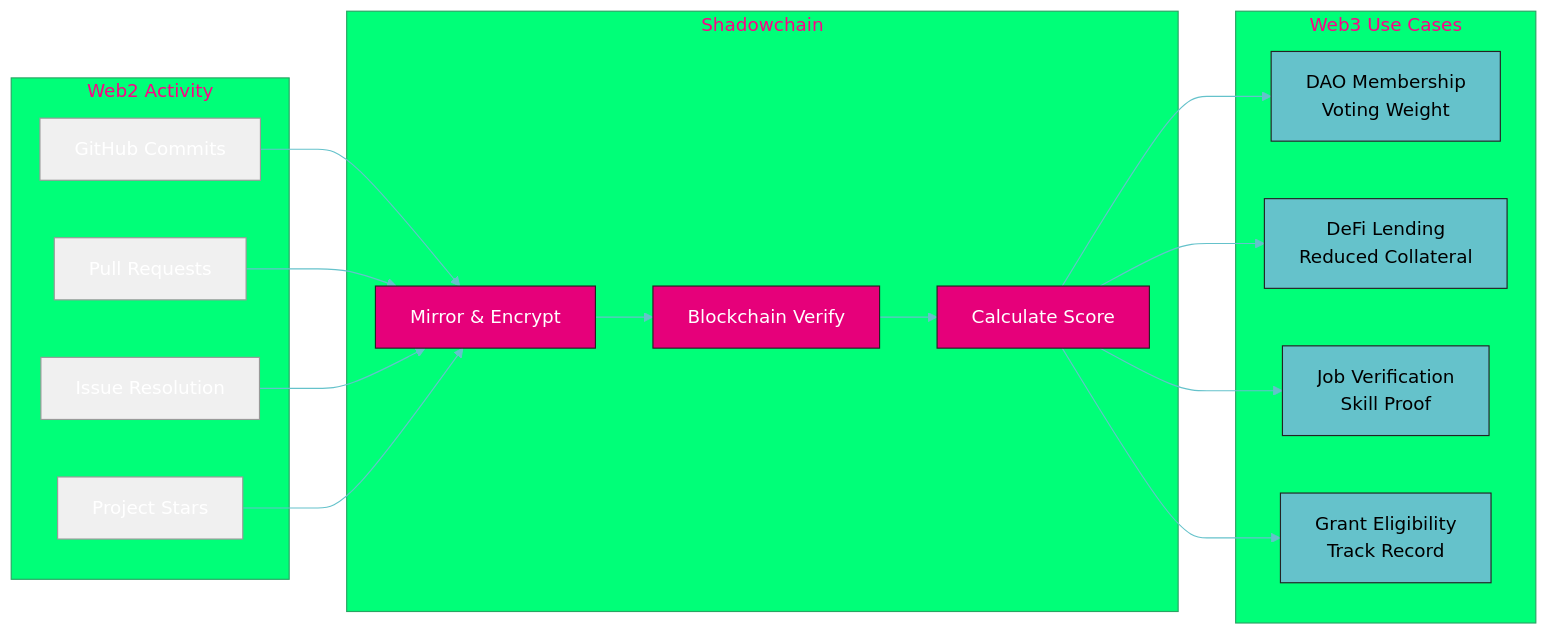
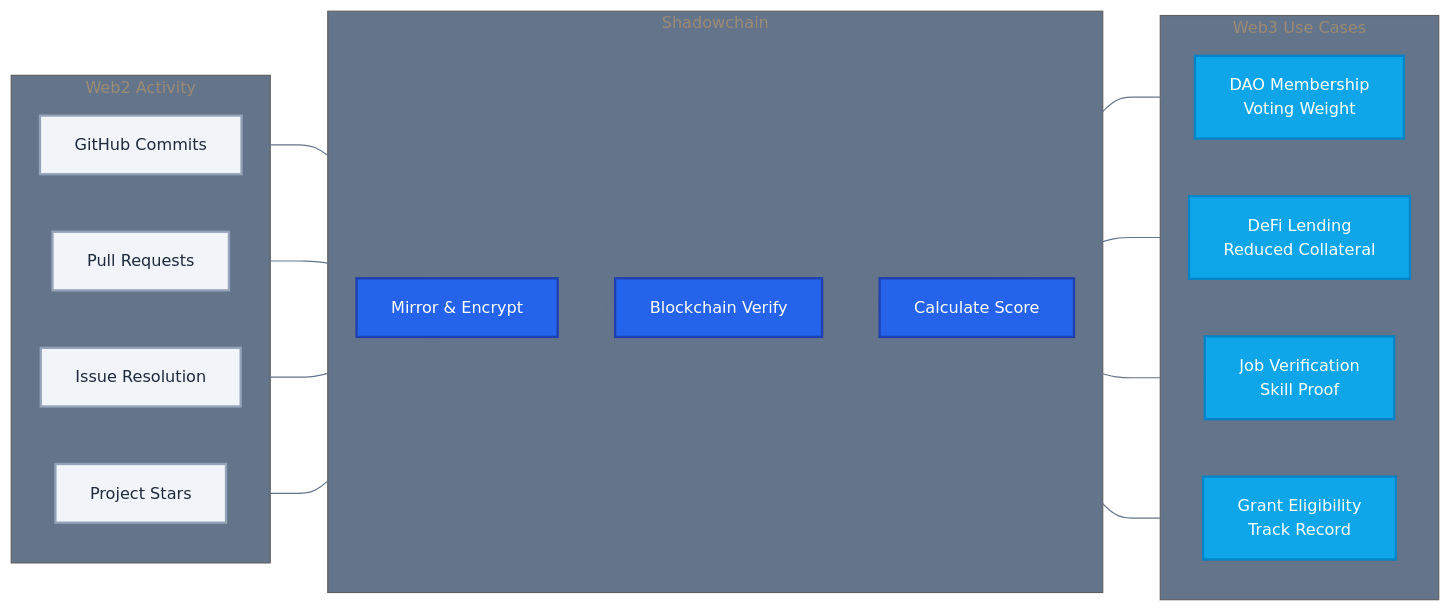
The fourth of 4 diagrams in README.md (tufstraka/shadowchain), drawn with Mermaid before and after one commit. The commit also changed other lines of this file, not shown here.

Commit message:
Update diagrams with neutral, high-contrast color scheme

````diff
--- a/README.md
+++ b/README.md
@@ -415,44 +417,44 @@
 ```mermaid
-%%{init: {'theme':'base', 'themeVariables': { 'primaryColor':'#E6007A','primaryTextColor':'#fff','primaryBorderColor':'#232323','lineColor':'#65C2CB'}}}%%
+%%{init: {'theme':'base', 'themeVariables': { 'primaryColor':'#2563eb','primaryTextColor':'#fff','primaryBorderColor':'#1e40af','lineColor':'#64748b','secondaryColor':'#0ea5e9','tertiaryColor':'#64748b','fontSize':'14px'}}}%%
 graph LR
     subgraph web2["Web2 Activity"]
         commits[GitHub Commits]
         prs[Pull Requests]
         issues[Issue Resolution]
         stars[Project Stars]
     end
     
     subgraph shadow["Shadowchain"]
         mirror[Mirror & Encrypt]
         verify[Blockchain Verify]
         score[Calculate Score]
     end
     
     subgraph web3["Web3 Use Cases"]
         dao[DAO Membership<br/>Voting Weight]
         defi[DeFi Lending<br/>Reduced Collateral]
         jobs[Job Verification<br/>Skill Proof]
         grants[Grant Eligibility<br/>Track Record]
     end
     
     commits --> mirror
     prs --> mirror
     issues --> mirror
     stars --> mirror
     
     mirror --> verify
     verify --> score
     
     score --> dao
     score --> defi
     score --> jobs
     score --> grants
     
-    classDef web2Style fill:#f0f0f0,stroke:#999
-    classDef shadowStyle fill:#E6007A,stroke:#232323,color:#fff
-    classDef web3Style fill:#65C2CB,stroke:#232323,color:#000
+    classDef web2Style fill:#f1f5f9,stroke:#94a3b8,color:#1e293b,stroke-width:2px
+    classDef shadowStyle fill:#2563eb,stroke:#1e40af,color:#fff,stroke-width:2px
+    classDef web3Style fill:#0ea5e9,stroke:#0284c7,color:#fff,stroke-width:2px
     
     class commits,prs,issues,stars web2Style
     class mirror,verify,score shadowStyle
     class dao,defi,jobs,grants web3Style
 ```
````
